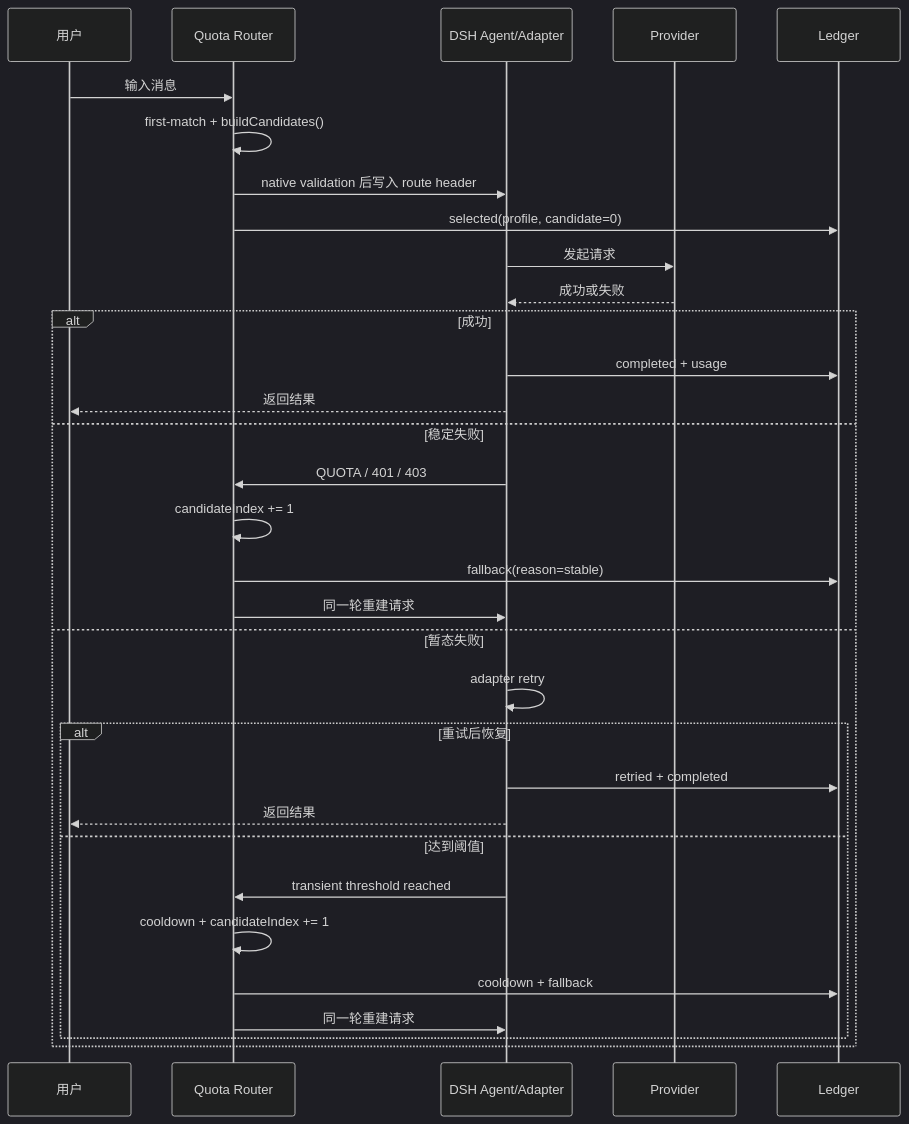
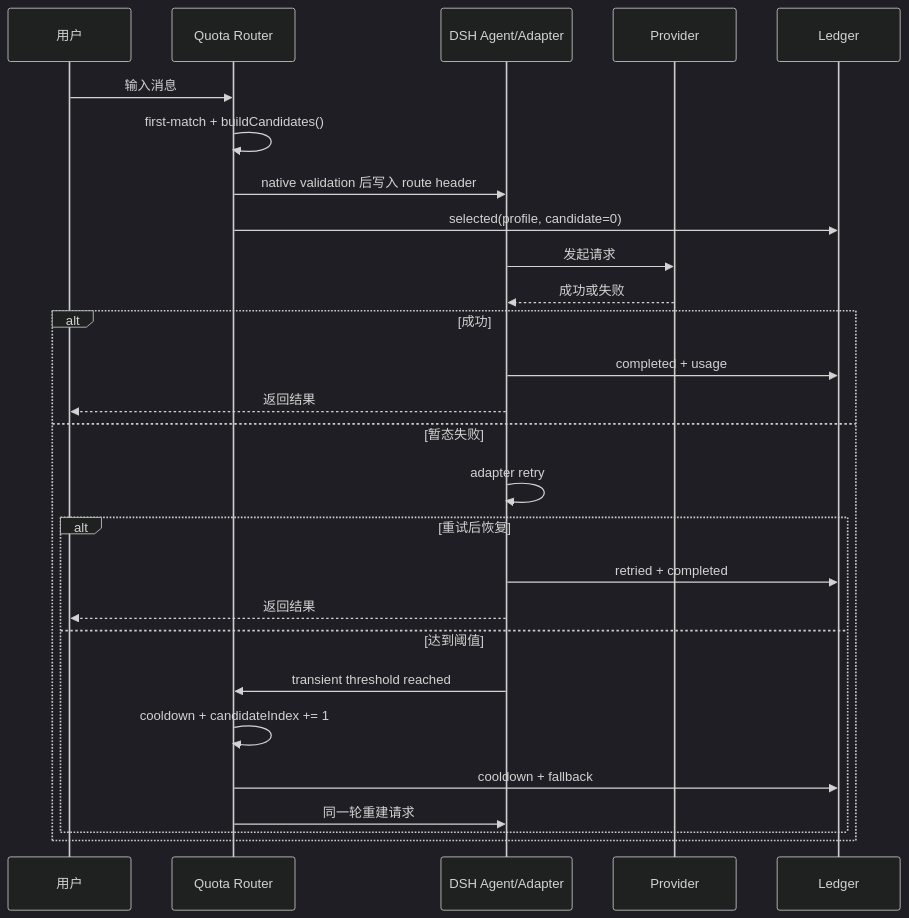
One commit to Liyuk/liyuk.github.io changed the second of 4 diagrams in src/content/projects/2026/08/quota-router-engineering/zh.md. Above: the diagram before and after it, drawn with Mermaid (dark theme). The commit also changed other lines of this file and 83 other files, not shown here.

````diff
--- a/src/content/projects/2026/08/quota-router-engineering/zh.md
+++ b/src/content/projects/2026/08/quota-router-engineering/zh.md
@@ -283,36 +283,31 @@
 ```mermaid
 sequenceDiagram
     participant User as 用户
     participant Router as Quota Router
     participant DSH as DSH Agent/Adapter
     participant Provider as Provider
     participant Ledger as Ledger
 
     User->>Router: 输入消息
     Router->>Router: first-match + buildCandidates()
     Router->>DSH: native validation 后写入 route header
     Router->>Ledger: selected(profile, candidate=0)
     DSH->>Provider: 发起请求
     Provider-->>DSH: 成功或失败
 
     alt 成功
         DSH->>Ledger: completed + usage
         DSH-->>User: 返回结果
-    else 稳定失败
-        DSH->>Router: QUOTA / 401 / 403
-        Router->>Router: candidateIndex += 1
-        Router->>Ledger: fallback(reason=stable)
-        Router->>DSH: 同一轮重建请求
     else 暂态失败
         DSH->>DSH: adapter retry
         alt 重试后恢复
             DSH->>Ledger: retried + completed
             DSH-->>User: 返回结果
         else 达到阈值
             DSH->>Router: transient threshold reached
             Router->>Router: cooldown + candidateIndex += 1
             Router->>Ledger: cooldown + fallback
             Router->>DSH: 同一轮重建请求
         end
     end
 ```
````
